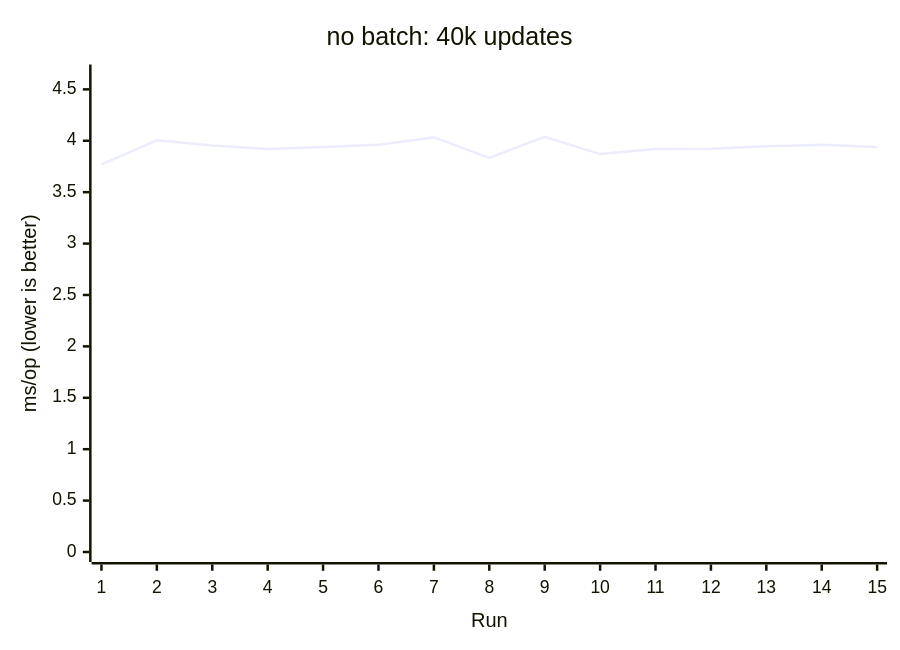
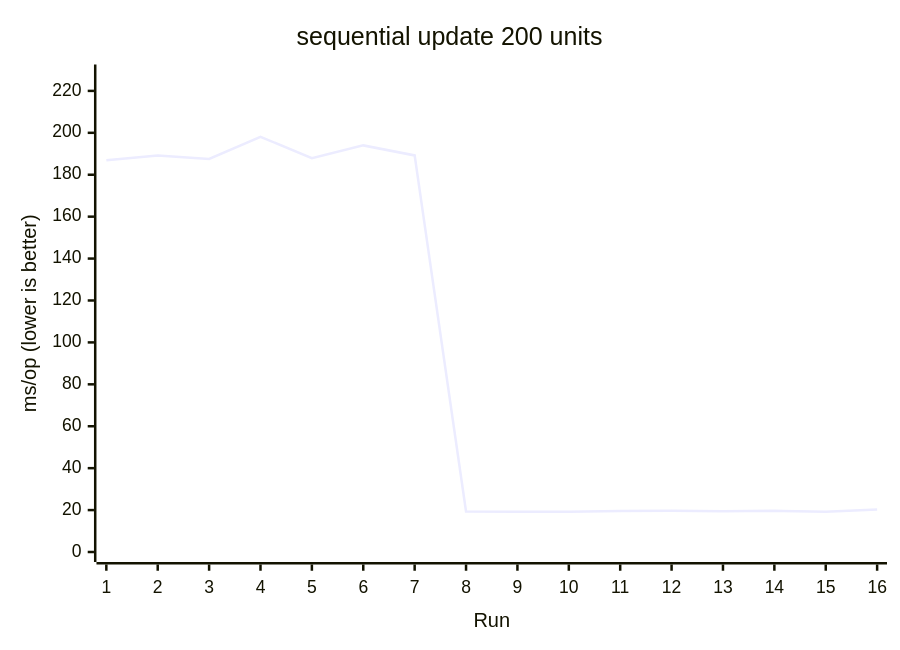
Before and after one commit to AIluffy/io: the ninth of 17 diagrams in apps/docs/src/content/docs/en/guides/benchmark.mdx, drawn with Mermaid. The commit also changed other lines of this file and 25 other files, not shown here.

````diff
--- a/apps/docs/src/content/docs/en/guides/benchmark.mdx
+++ b/apps/docs/src/content/docs/en/guides/benchmark.mdx
@@ -313,7 +296,7 @@
 ```mermaid
 xychart-beta
-  title "no batch: 40k updates"
-  x-axis "Run" [1, 2, 3, 4, 5, 6, 7, 8, 9, 10, 11, 12, 13, 14, 15]
-  y-axis "ms/op (lower is better)" 0 --> 4.6446
-  line [3.7705, 4.0045, 3.9537, 3.919, 3.9399, 3.9601, 4.0328, 3.8328, 4.0388, 3.8705, 3.9188, 3.9234, 3.9458, 3.9604, 3.9385]
+  title "sequential update 200 units"
+  x-axis "Run" [1, 2, 3, 4, 5, 6, 7, 8, 9, 10, 11, 12, 13, 14, 15, 16]
+  y-axis "ms/op (lower is better)" 0 --> 227.822
+  line [186.9116, 189.1437, 187.5276, 198.1061, 187.8507, 193.992, 189.2093, 19.3745, 19.157, 19.247, 19.5097, 19.665, 19.4525, 19.6475, 19.1882, 20.3313]
 ```
````
